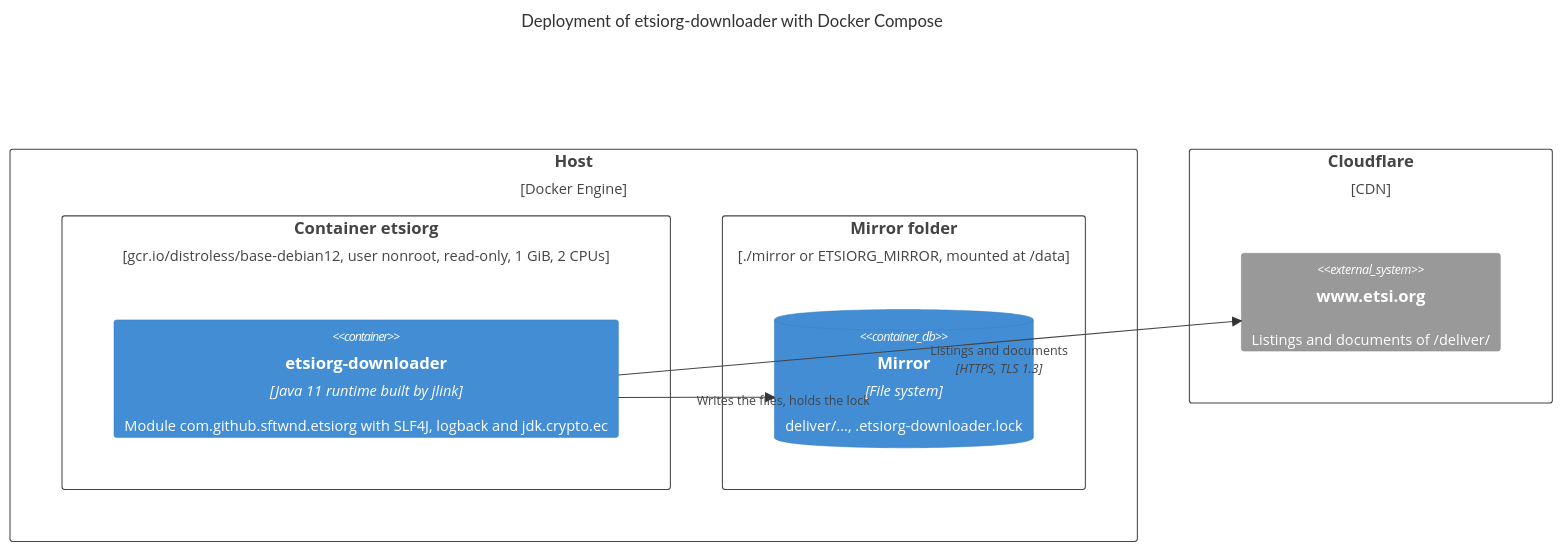
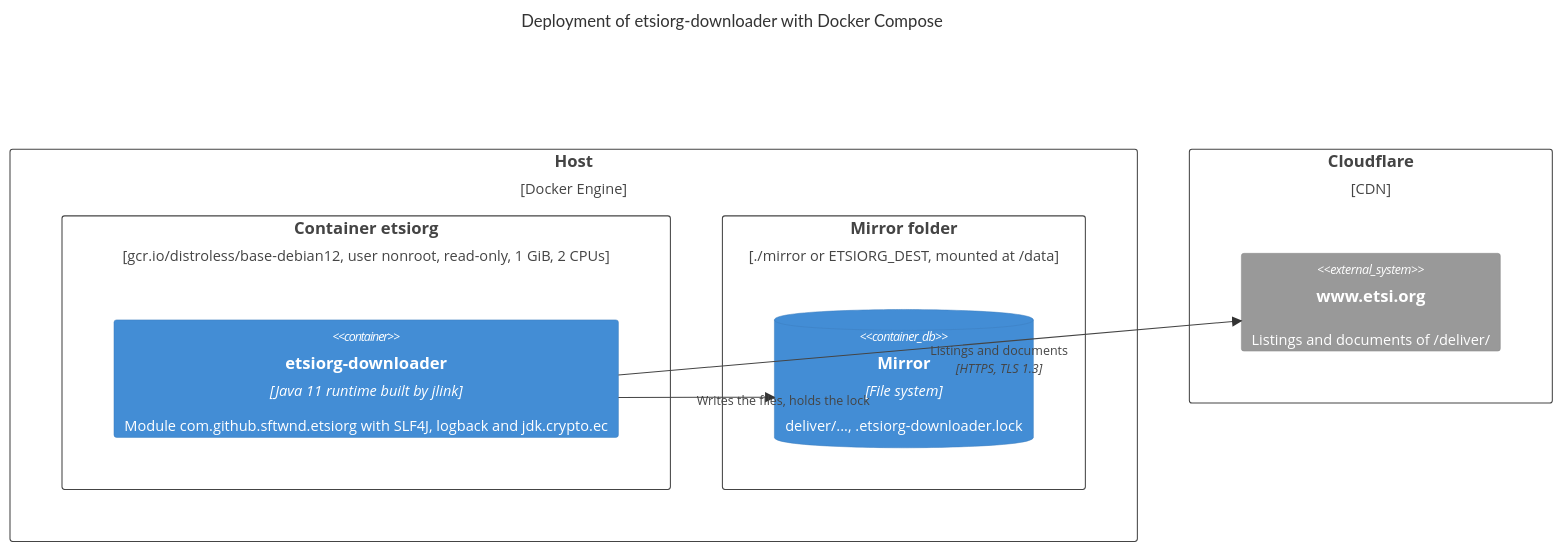
The diagram in docs/adr/0017-jlink-runtime-image.md (sftwnd/etsi-org-downloader), drawn with Mermaid before and after one commit. The commit also changed other lines of this file and 9 other files, not shown here.

````diff
--- a/docs/adr/0017-jlink-runtime-image.md
+++ b/docs/adr/0017-jlink-runtime-image.md
@@ -61,17 +62,17 @@
 ```mermaid
 C4Deployment
     title Deployment of etsiorg-downloader with Docker Compose
     Deployment_Node(host, "Host", "Docker Engine") {
         Deployment_Node(container, "Container etsiorg", "gcr.io/distroless/base-debian12, user nonroot, read-only, 1 GiB, 2 CPUs") {
             Container(app, "etsiorg-downloader", "Java 11 runtime built by jlink", "Module com.github.sftwnd.etsiorg with SLF4J, logback and jdk.crypto.ec")
         }
-        Deployment_Node(volume, "Mirror folder", "./mirror or ETSIORG_MIRROR, mounted at /data") {
+        Deployment_Node(volume, "Mirror folder", "./mirror or ETSIORG_DEST, mounted at /data") {
             ContainerDb(mirror, "Mirror", "File system", "deliver/..., .etsiorg-downloader.lock")
         }
     }
     Deployment_Node(cloudflare, "Cloudflare", "CDN") {
         System_Ext(etsi, "www.etsi.org", "Listings and documents of /deliver/")
     }
     Rel(app, etsi, "Listings and documents", "HTTPS, TLS 1.3")
     Rel(app, mirror, "Writes the files, holds the lock")
 ```
````
